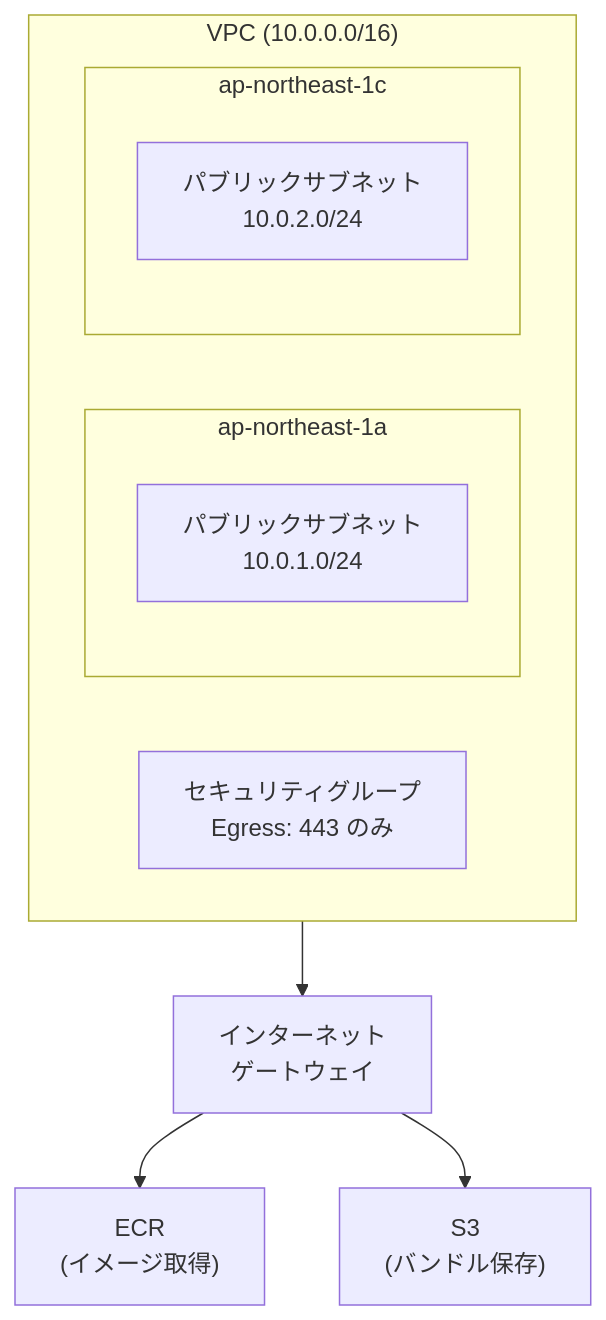
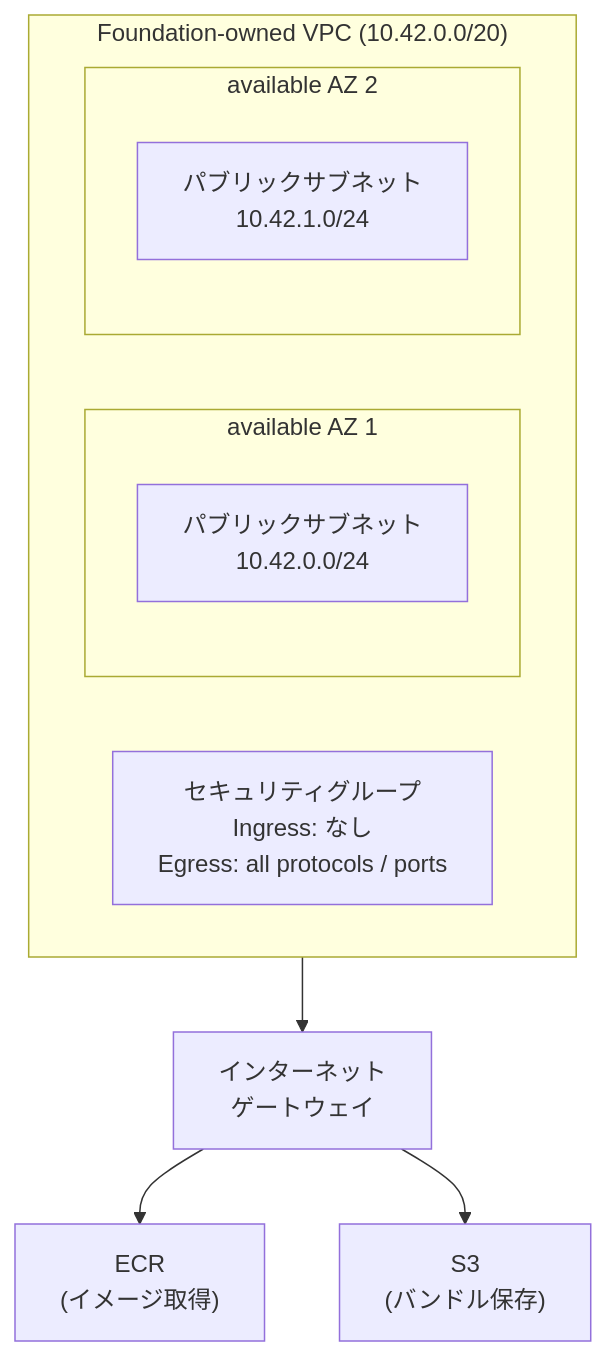
The fourth of 4 diagrams in public-book/src/aws/topology.md (hwatanabe-jp/stark-ballot-simulator-public), drawn with Mermaid before and after one commit. The commit also changed other lines of this file and 389 other files, not shown here.

````diff
--- a/public-book/src/aws/topology.md
+++ b/public-book/src/aws/topology.md
@@ -233,20 +238,20 @@
 ```mermaid
 flowchart TD
-  subgraph VPC["VPC (10.0.0.0/16)"]
-    subgraph AZ1["ap-northeast-1a"]
-      S1["パブリックサブネット<br/>10.0.1.0/24"]
+  subgraph VPC["Foundation-owned VPC (10.42.0.0/20)"]
+    subgraph AZ1["available AZ 1"]
+      S1["パブリックサブネット<br/>10.42.0.0/24"]
     end
-    subgraph AZ2["ap-northeast-1c"]
-      S2["パブリックサブネット<br/>10.0.2.0/24"]
+    subgraph AZ2["available AZ 2"]
+      S2["パブリックサブネット<br/>10.42.1.0/24"]
     end
-    SG["セキュリティグループ<br/>Egress: 443 のみ"]
+    SG["セキュリティグループ<br/>Ingress: なし<br/>Egress: all protocols / ports"]
   end
 
   IGW["インターネット<br/>ゲートウェイ"]
   ECR["ECR<br/>(イメージ取得)"]
   S3["S3<br/>(バンドル保存)"]
 
   VPC --> IGW
   IGW --> ECR
   IGW --> S3
 ```
````
